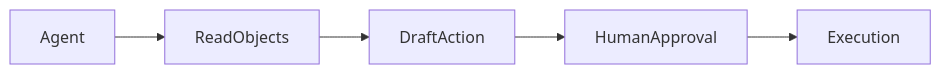
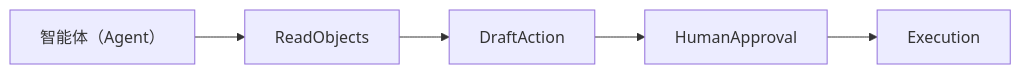
Before and after one commit to rexlin600/ontology_practice: the diagram in days/Day-22.md, drawn with Mermaid. The commit also changed other lines of this file, not shown here.

````diff
--- a/days/Day-22.md
+++ b/days/Day-22.md
@@ -16,8 +31,8 @@
 ```mermaid
 flowchart LR
-  Agent["Agent"] --> ReadObjects["ReadObjects"]
+  Agent["智能体（Agent）"] --> ReadObjects["ReadObjects"]
   ReadObjects["ReadObjects"] --> DraftAction["DraftAction"]
   DraftAction["DraftAction"] --> HumanApproval["HumanApproval"]
   HumanApproval["HumanApproval"] --> Execution["Execution"]
 
 ```
````
